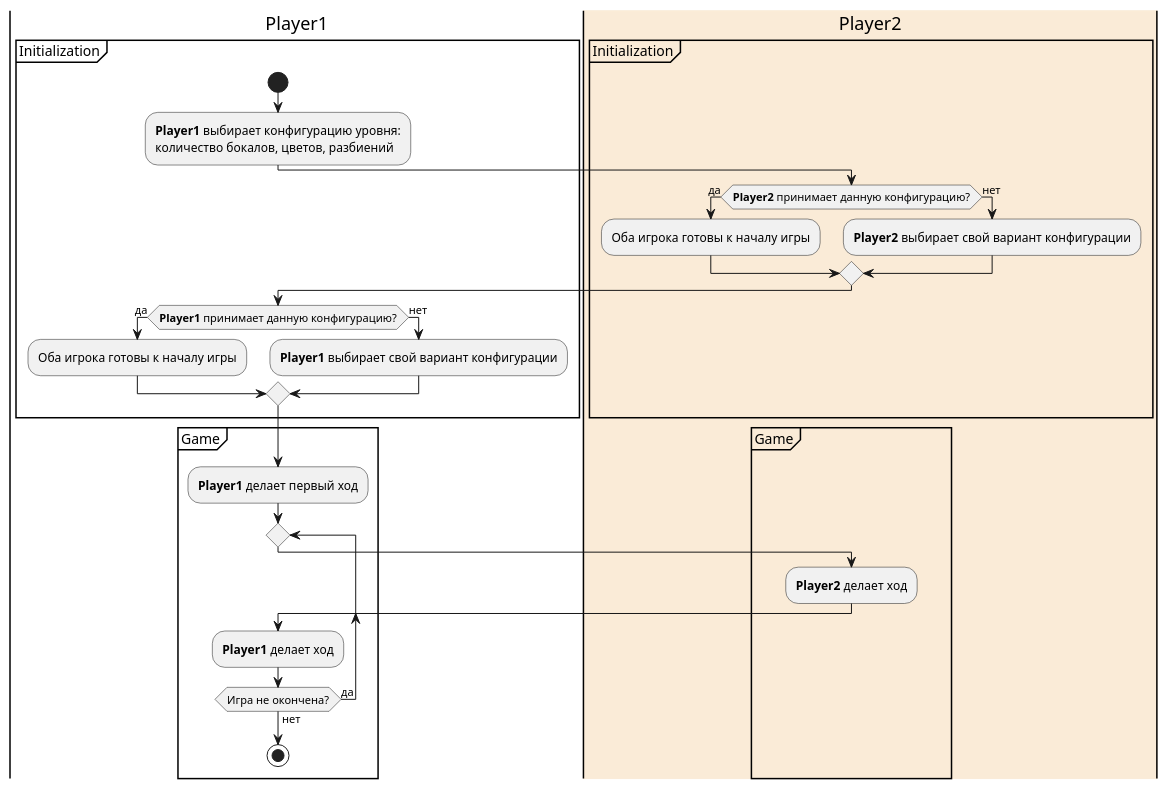
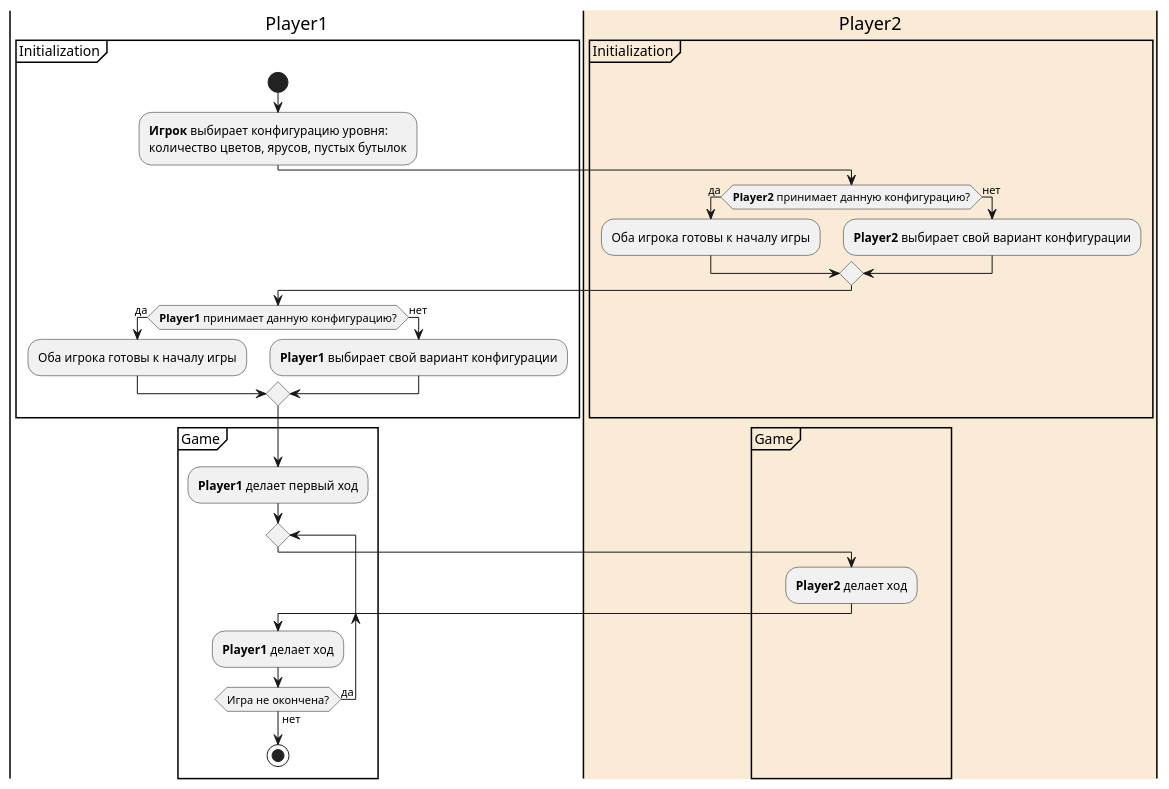
Before and after one commit to theotheo46/react: the diagram in diagramms/activity.puml, drawn with PlantUML. The commit also changed 1 other file, not shown here.

```diff
--- a/diagramms/activity.puml
+++ b/diagramms/activity.puml
@@ -1,30 +1,30 @@
 @startuml Activity
 |Player1|
 partition Initialization {
     start
-    :**Player1** выбирает конфигурацию уровня:
-    количество бокалов, цветов, разбиений;
+    :**Игрок** выбирает конфигурацию уровня:
+    количество цветов, ярусов, пустых бутылок;
     |#AntiqueWhite|Player2|
     if (**Player2** принимает данную конфигурацию?) then (да)
                 :Оба игрока готовы к началу игры;
             else (нет)
                 :**Player2** выбирает свой вариант конфигурации;
         endif
     |Player1|
     if (**Player1** принимает данную конфигурацию?) then (да)
                 :Оба игрока готовы к началу игры;
             else (нет)
                 :**Player1** выбирает свой вариант конфигурации;
         endif
 }
 partition Game {
     :**Player1** делает первый ход;
     repeat
     |Player2|
     :**Player2** делает ход;
     |Player1|
     :**Player1** делает ход;
     repeat while (Игра не окончена?) is (да) not (нет)
     stop
 }
 @enduml
```
